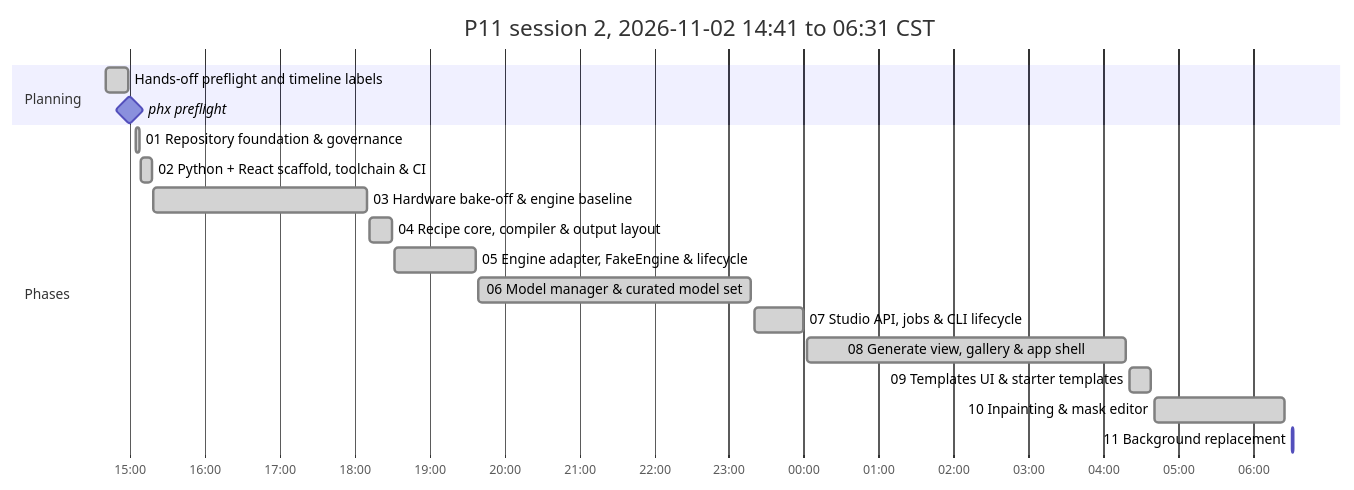
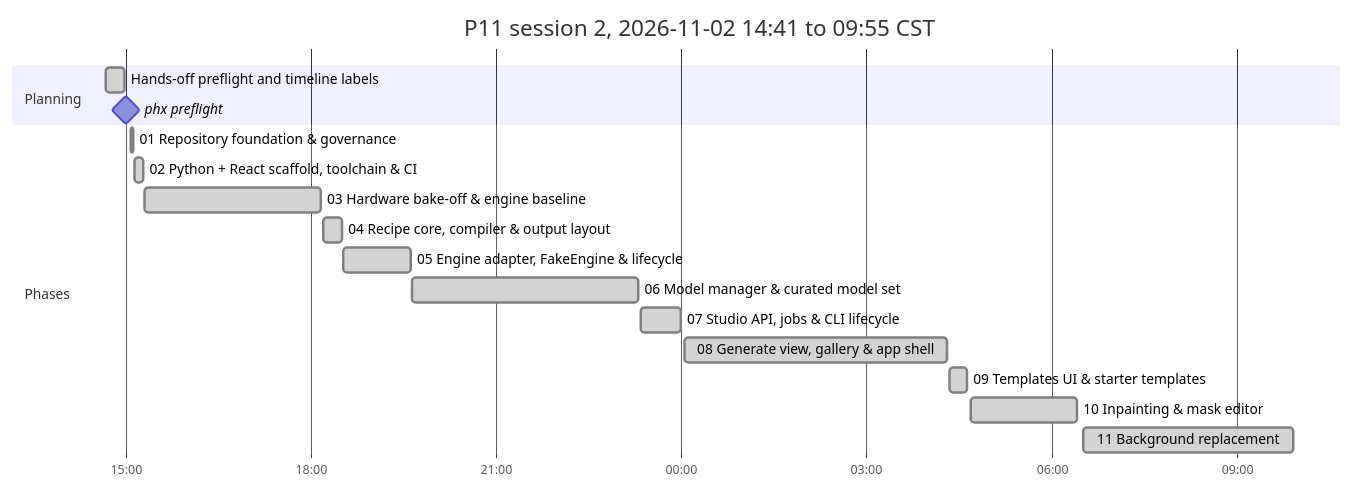
Before and after one commit to antonizick/project1111: the second of 2 diagrams in P11_IMPLEMENTATION_PLAN.md, drawn with Mermaid. The commit also changed other lines of this file and 1 other file, not shown here.

Commit message:
docs(plan): refresh timeline

````diff
--- a/P11_IMPLEMENTATION_PLAN.md
+++ b/P11_IMPLEMENTATION_PLAN.md
@@ -74,21 +74,21 @@
 ```mermaid
 gantt
-    title P11 session 2, 2026-11-02 14:41 to 06:31 CST
+    title P11 session 2, 2026-11-02 14:41 to 09:55 CST
     dateFormat YYYY-MM-DD HH:mm
     axisFormat %H:%M
     section Planning
     Hands-off preflight and timeline labels :done, plan3, 2026-11-02 14:41, 2026-11-02 14:59
     phx preflight :milestone, pf13ee0d5, 2026-11-02 15:00, 0m
     section Phases
     01 Repository foundation & governance :done, p01s2, 2026-11-02 15:05, 2026-11-02 15:08
     02 Python + React scaffold, toolchain & CI :done, p02s2, 2026-11-02 15:09, 2026-11-02 15:18
     03 Hardware bake-off & engine baseline :done, p03s2, 2026-11-02 15:19, 2026-11-02 18:10
     04 Recipe core, compiler & output layout :done, p04s2, 2026-11-02 18:12, 2026-11-02 18:30
     05 Engine adapter, FakeEngine & lifecycle :done, p05s2, 2026-11-02 18:32, 2026-11-02 19:37
     06 Model manager & curated model set :done, p06s2, 2026-11-02 19:39, 2026-11-02 23:18
     07 Studio API, jobs & CLI lifecycle :done, p07s2, 2026-11-02 23:21, 2026-11-03 00:00
     08 Generate view, gallery & app shell :done, p08s2, 2026-11-03 00:03, 2026-11-03 04:18
     09 Templates UI & starter templates :done, p09s2, 2026-11-03 04:21, 2026-11-03 04:38
     10 Inpainting & mask editor :done, p10s2, 2026-11-03 04:41, 2026-11-03 06:25
-    11 Background replacement :active, p11s2, 2026-11-03 06:31, 2026-11-03 06:32
+    11 Background replacement :done, p11s2, 2026-11-03 06:31, 2026-11-03 09:55
 ```
````
